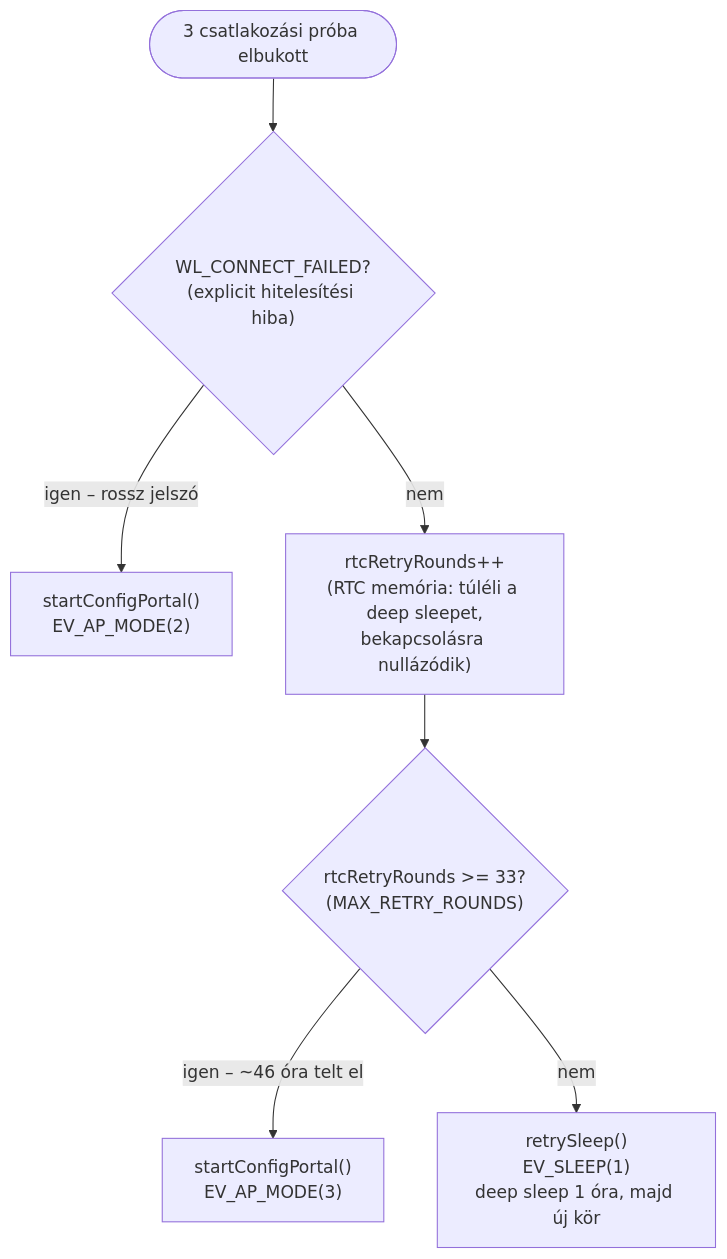
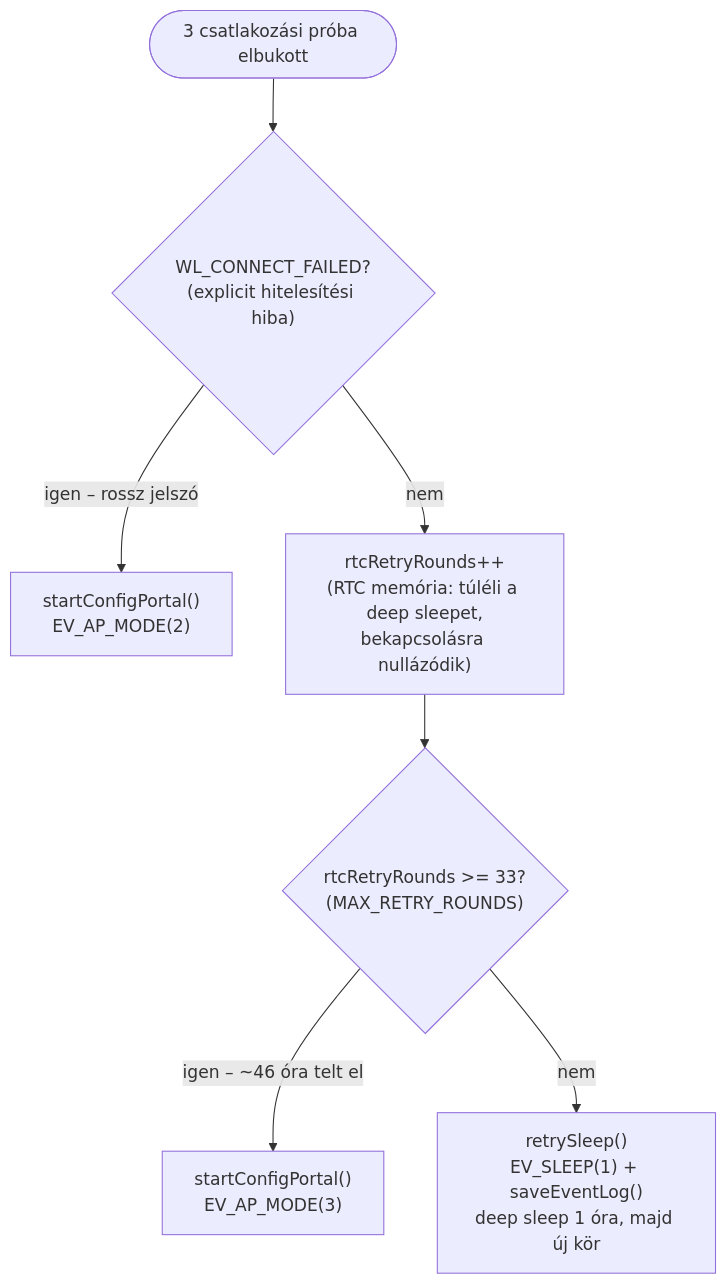
One commit to manszabi/bazsi-router-reboot changed the sixth of 9 diagrams in FOLYAMATABRA.md. Above: the diagram before and after it, drawn with Mermaid. The commit also changed other lines of this file and 8 other files, not shown here.

````diff
--- a/FOLYAMATABRA.md
+++ b/FOLYAMATABRA.md
@@ -192,9 +194,9 @@
 ```mermaid
 flowchart TD
     IN([3 csatlakozási próba elbukott]) --> AUTH{"WL_CONNECT_FAILED?<br>(explicit hitelesítési hiba)"}
     AUTH -->|"igen – rossz jelszó"| AP2["startConfigPortal()<br>EV_AP_MODE(2)"]
     AUTH -->|nem| INC["rtcRetryRounds++<br>(RTC memória: túléli a deep sleepet,<br>bekapcsolásra nullázódik)"]
     INC --> R33{"rtcRetryRounds >= 33?<br>(MAX_RETRY_ROUNDS)"}
     R33 -->|"igen – ~46 óra telt el"| AP3["startConfigPortal()<br>EV_AP_MODE(3)"]
-    R33 -->|nem| SL["retrySleep()<br>EV_SLEEP(1)<br>deep sleep 1 óra, majd új kör"]
+    R33 -->|nem| SL["retrySleep()<br>EV_SLEEP(1) + saveEventLog()<br>deep sleep 1 óra, majd új kör"]
 ```
````
